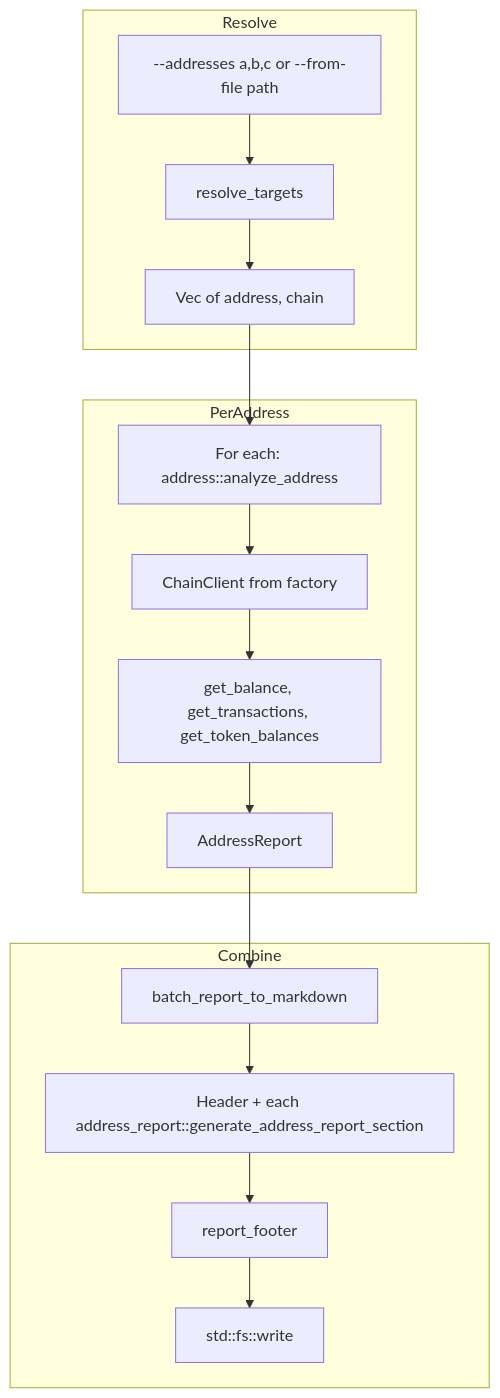
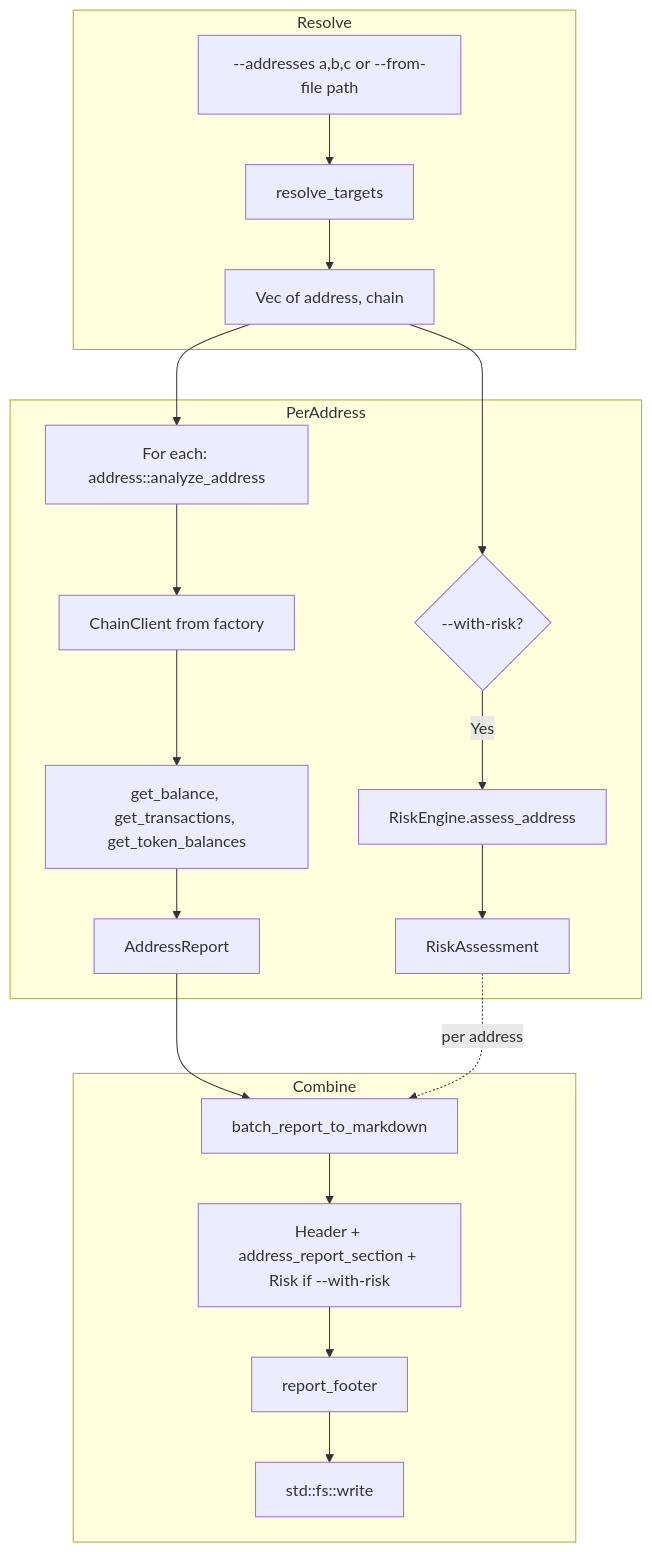
The second of 2 diagrams in docs/architecture/dataflow-report.md (robot-accomplice/scope-blockchain-analysis), drawn with Mermaid before and after one commit. The commit also changed 33 other files, not shown here.

````diff
--- a/docs/architecture/dataflow-report.md
+++ b/docs/architecture/dataflow-report.md
@@ -42,21 +42,25 @@
 ```mermaid
 flowchart TB
     subgraph Resolve
         A[--addresses a,b,c or --from-file path] --> B[resolve_targets]
         B --> C[Vec of address, chain]
     end
 
     subgraph PerAddress
         C --> D[For each: address::analyze_address]
         D --> E[ChainClient from factory]
         E --> F[get_balance, get_transactions, get_token_balances]
         F --> G[AddressReport]
+        C --> R{--with-risk?}
+        R -->|Yes| S[RiskEngine.assess_address]
+        S --> T[RiskAssessment]
     end
 
     subgraph Combine
         G --> H[batch_report_to_markdown]
-        H --> I[Header + each address_report::generate_address_report_section]
+        T -.->|per address| H
+        H --> I[Header + address_report_section + Risk if --with-risk]
         I --> J[report_footer]
         J --> K[std::fs::write]
     end
 ```
````
